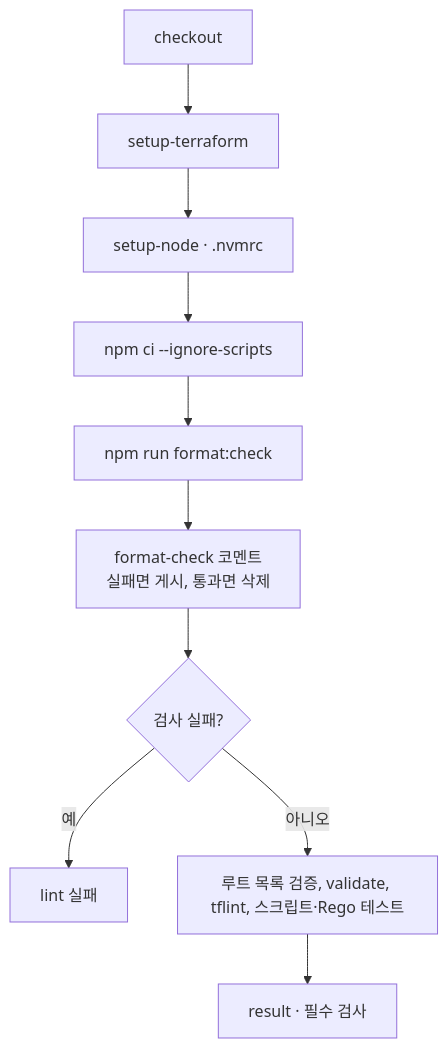
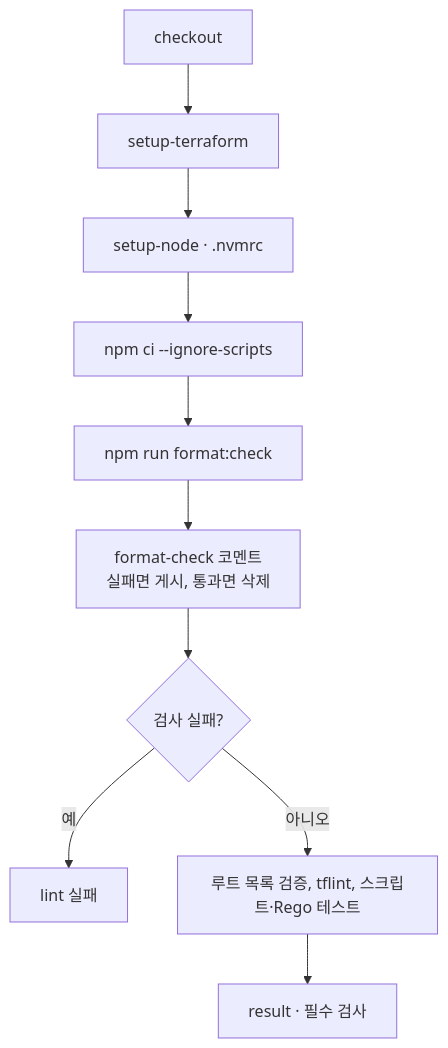
Before and after one commit to kintoun-secops/kintoun-infra: the diagram in docs/ci/format.md, drawn with Mermaid. The commit also changed 8 other files, not shown here.

````diff
--- a/docs/ci/format.md
+++ b/docs/ci/format.md
@@ -57,12 +57,12 @@
 ```mermaid
 flowchart TD
     Checkout["checkout"] --> TF["setup-terraform"]
     TF --> Node["setup-node · .nvmrc"]
     Node --> Install["npm ci --ignore-scripts"]
     Install --> Check["npm run format:check"]
     Check --> Comment["format-check 코멘트<br/>실패면 게시, 통과면 삭제"]
     Comment --> Failed{"검사 실패?"}
     Failed -->|예| Fail["lint 실패"]
-    Failed -->|아니오| Rest["루트 목록 검증, validate, tflint, 스크립트·Rego 테스트"]
+    Failed -->|아니오| Rest["루트 목록 검증, tflint, 스크립트·Rego 테스트"]
     Rest --> Result["result · 필수 검사"]
 ```
````
